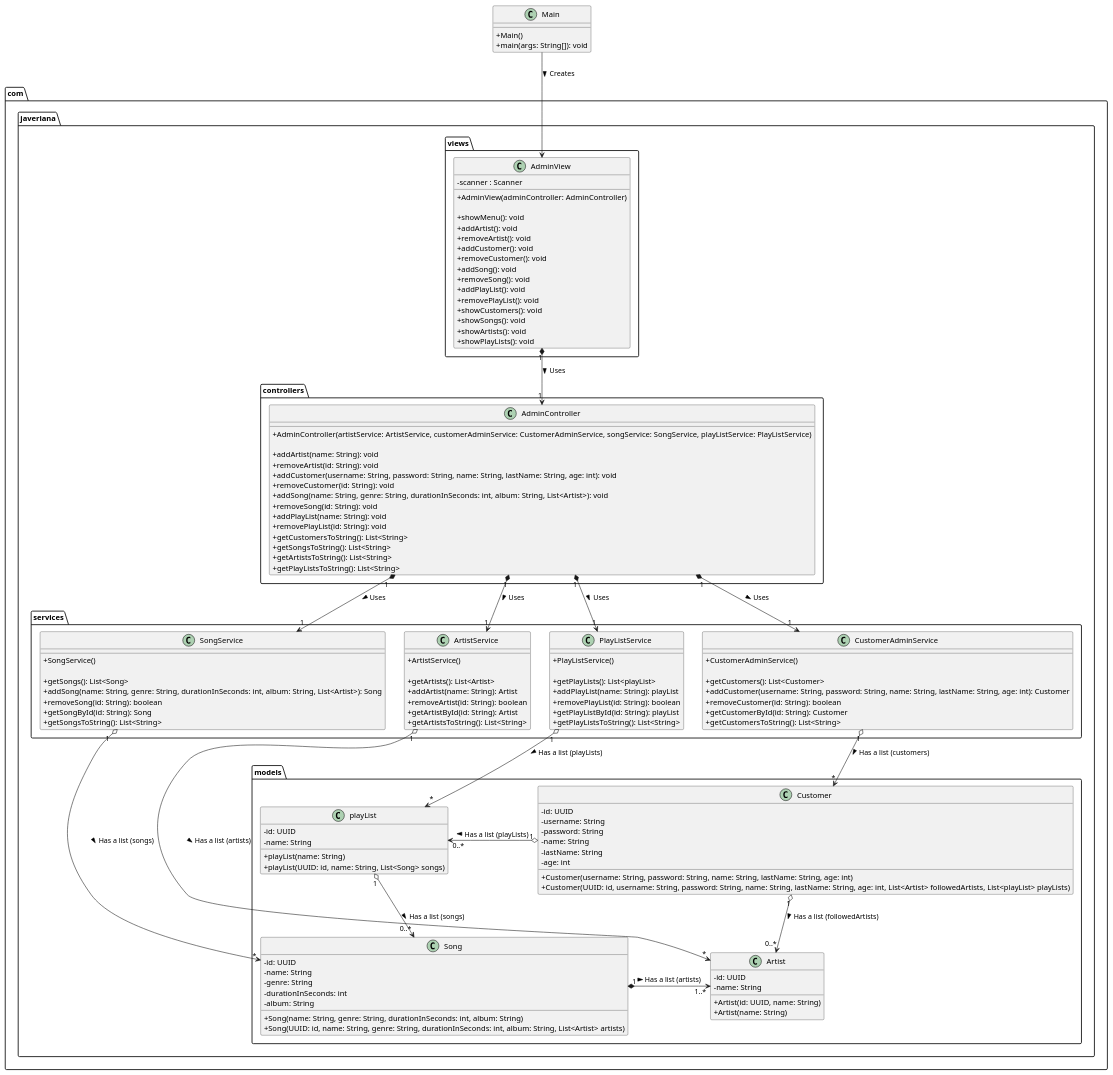
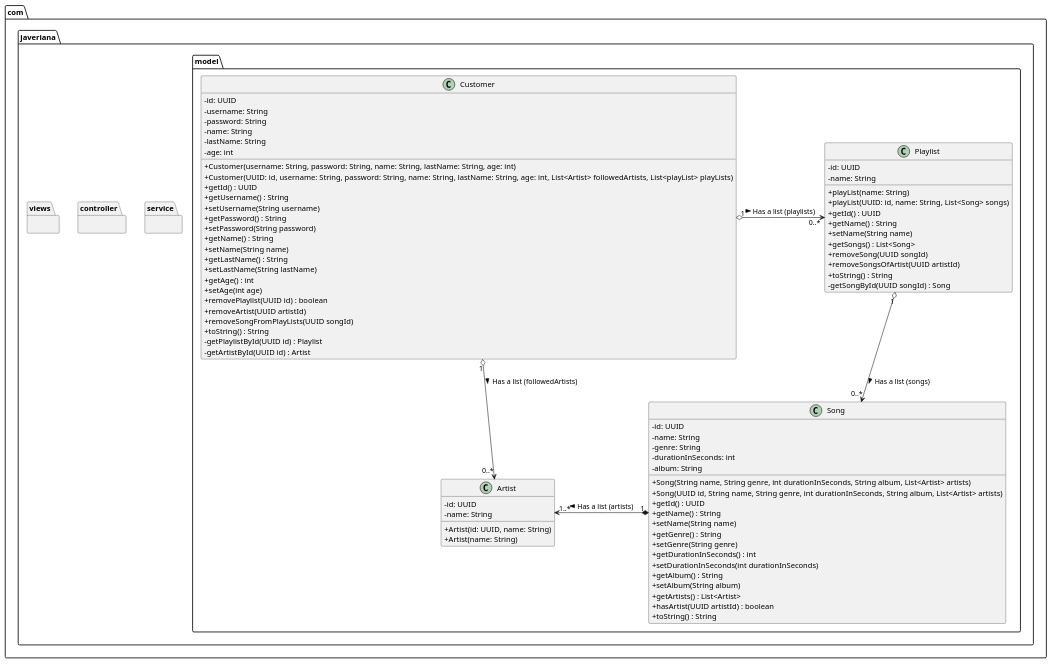
One commit to clase-programacion-avanzada/JAVA-Workshop-7 changed the diagram in workshop7-diagram-spotify.puml. Above: the diagram before and after it, drawn with PlantUML. The commit also changed 35 other files, not shown here.

```diff
--- a/workshop7-diagram-spotify.puml
+++ b/workshop7-diagram-spotify.puml
@@ -1,6 +1,6 @@
 @startuml
 skinparam classAttributeIconSize 0
-class com.javeriana.models.Artist $Artist {
+class com.javeriana.model.Artist $Artist {
     - id: UUID
     - name: String
 
@@ -8,7 +8,7 @@
     + Artist(name: String)
 }
 
-class com.javeriana.models.Customer $Customer {
+class com.javeriana.model.Customer $Customer {
     - id: UUID
     - username: String
     - password: String
@@ -18,87 +18,135 @@
 
     + Customer(username: String, password: String, name: String, lastName: String, age: int)
     + Customer(UUID: id, username: String, password: String, name: String, lastName: String, age: int, List<Artist> followedArtists, List<playList> playLists)
+
+
+    + getId() : UUID
+    + getUsername() : String
+    + setUsername(String username)
+    + getPassword() : String
+    + setPassword(String password)
+    + getName() : String
+    + setName(String name)
+    + getLastName() : String
+    + setLastName(String lastName)
+    + getAge() : int
+    + setAge(int age)
+    + removePlaylist(UUID id) : boolean
+    + removeArtist(UUID artistId)
+    + removeSongFromPlayLists(UUID songId)
+    + toString() : String
+    - getPlaylistById(UUID id) : Playlist
+    - getArtistById(UUID id) : Artist
 }
 
-class com.javeriana.models.playList $PlayList {
+class com.javeriana.model.Playlist $Playlist {
     - id: UUID
     - name: String
 
     + playList(name: String)
     + playList(UUID: id, name: String, List<Song> songs)
+
+
+    + getId() : UUID
+    + getName() : String
+    + setName(String name)
+    + getSongs() : List<Song>
+    + removeSong(UUID songId)
+    + removeSongsOfArtist(UUID artistId)
+    + toString() : String
+    - getSongById(UUID songId) : Song
 }
 
-class com.javeriana.models.Song $Song {
+class com.javeriana.model.Song $Song {
     - id: UUID
     - name: String
     - genre: String
     - durationInSeconds: int
     - album: String
 
-    + Song(name: String, genre: String, durationInSeconds: int, album: String)
-    + Song(UUID: id, name: String, genre: String, durationInSeconds: int, album: String, List<Artist> artists)
+    + Song(String name, String genre, int durationInSeconds, String album, List<Artist> artists)
+    + Song(UUID id, String name, String genre, int durationInSeconds, String album, List<Artist> artists)
+    + getId() : UUID
+    + getName() : String
+    + setName(String name)
+    + getGenre() : String
+    + setGenre(String genre)
+    + getDurationInSeconds() : int
+    + setDurationInSeconds(int durationInSeconds)
+    + getAlbum() : String
+    + setAlbum(String album)
+    + getArtists() : List<Artist>
+    + hasArtist(UUID artistId) : boolean
+    + toString() : String
 }
 
-class com.javeriana.services.ArtistService $ArtistService {
+class com.javeriana.service.ArtistService $ArtistService {
 
     + ArtistService()
 
-    + getArtists(): List<Artist>
-    + addArtist(name: String): Artist
-    + removeArtist(id: String): boolean
-    + getArtistById(id: String): Artist
-    + getArtistsToString(): List<String>
+
+    + getArtists() : List<Artist>
+    + addArtist(String name) : Artist
+    + getArtistById(UUID id) : Artist
+    + removeArtist(UUID id) : boolean
+    + getArtistsToString() : List<String>
+    + getArtistsByIds(List<UUID> artists) : List<Artist>
 }
 
-class com.javeriana.services.CustomerAdminService $CustomerAdminService {
+class com.javeriana.service.CustomerAdminService $CustomerAdminService {
 
     + CustomerAdminService()
 
-    + getCustomers(): List<Customer>
-    + addCustomer(username: String, password: String, name: String, lastName: String, age: int): Customer
-    + removeCustomer(id: String): boolean
-    + getCustomerById(id: String): Customer
-    + getCustomersToString(): List<String>
+
+    + getCustomers() : List<Customer>
+    + addCustomer(String username, String password, String name, String lastName, int age)
+    + removeCustomer(UUID id) : boolean
+    + getCustomerById(UUID id) : Customer
+    + getCustomersToString() : List<String>
+    + removePlaylistFromCustomers(UUID playlistId)
+    + removeArtistFromCustomers(UUID artistId)
 }
 
-class com.javeriana.services.SongService $SongService {
+class com.javeriana.service.SongService $SongService {
 
     + SongService()
 
-    + getSongs(): List<Song>
-    + addSong(name: String, genre: String, durationInSeconds: int, album: String, List<Artist>): Song
-    + removeSong(id: String): boolean
-    + getSongById(id: String): Song
-    + getSongsToString(): List<String>
+
+    + getSongs() : List<Song>
+    + addSong(String name, String genre, int durationInSeconds, String album, List<Artist> artists)
+    + removeSong(UUID songId) : boolean
+    + getSongById(UUID songId) : Song
+    + removeSongsOfArtist(UUID artistId)
+    + getSongsToString() : List<String>
 }
 
-class com.javeriana.services.PlayListService $PlayListService {
+class com.javeriana.service.PlaylistService $PlaylistService {
 
-    + PlayListService()
-
-    + getPlayLists(): List<playList>
-    + addPlayList(name: String): playList
-    + removePlayList(id: String): boolean
-    + getPlayListById(id: String): playList
-    + getPlayListsToString(): List<String>
+    + PlaylistService()
+    + getPlaylists() : List<Playlist>
+    + addPlaylist(String name)
+    + removePlaylist(UUID id) : boolean
+    + getPlaylistById(UUID id) : Playlist
+    + removeSongsOfArtist(UUID artistId)
+    + getPlaylistsToString() : List<String>
+    + removeSongFromPlaylists(UUID uuid)
 }
 
-class com.javeriana.controllers.AdminController $AdminController {
+class com.javeriana.controller.AdminController $AdminController {
 
-    + AdminController(artistService: ArtistService, customerAdminService: CustomerAdminService, songService: SongService, playListService: PlayListService)
-
-    + addArtist(name: String): void
-    + removeArtist(id: String): void
-    + addCustomer(username: String, password: String, name: String, lastName: String, age: int): void
-    + removeCustomer(id: String): void
-    + addSong(name: String, genre: String, durationInSeconds: int, album: String, List<Artist>): void
-    + removeSong(id: String): void
-    + addPlayList(name: String): void
-    + removePlayList(id: String): void
-    + getCustomersToString(): List<String>
-    + getSongsToString(): List<String>
-    + getArtistsToString(): List<String>
-    + getPlayListsToString(): List<String>
+     + AdminController(ArtistService artistService, CustomerAdminService customerAdminService, SongService songService, PlaylistService playlistService)
+     + addArtist(String name)
+     + removeArtist(String id)
+     + addCustomer(String username, String password, String name, String lastName, int age)
+     + removeCustomer(String id)
+     + addSong(String name, String genre, int durationInSeconds, String album, List<String> artistIds)
+     + removeSong(String id)
+     + addPlaylist(String name)
+     + removePlaylist(String id)
+     + getArtistsToString() : List<String>
+     + getCustomersToString() : List<String>
+     + getSongsToString() : List<String>
+     + getPlaylistsToString() : List<String>
 
 }
 
@@ -106,21 +154,20 @@
 
     - scanner : Scanner
 
-    + AdminView(adminController: AdminController)
-
-    + showMenu(): void
-    + addArtist(): void
-    + removeArtist(): void
-    + addCustomer(): void
-    + removeCustomer(): void
-    + addSong(): void
-    + removeSong(): void
-    + addPlayList(): void
-    + removePlayList(): void
-    + showCustomers(): void
-    + showSongs(): void
-    + showArtists(): void
-    + showPlayLists(): void
+    + AdminView(AdminController adminController, Scanner scanner)
+    + showMenu()
+    - showPlaylists()
+    - showArtists()
+    - showCustomers()
+    - showSongs()
+    - removePlaylist()
+    - addPlaylist()
+    - addCustomer()
+    - removeCustomer()
+    - removeSong()
+    - addSong()
+    - removeArtist()
+    - addArtist()
 }
 
 class Main $Main {
@@ -132,25 +179,25 @@
 }
 
 ' Relaciones
-com.javeriana.models.Customer "1" o-> "0..*" com.javeriana.models.playList : Has a list (playLists) >
-com.javeriana.models.Customer "1" o--> "0..*" com.javeriana.models.Artist : Has a list (followedArtists) >
-com.javeriana.models.playList "1" o--> "0..*" com.javeriana.models.Song : Has a list (songs) >
-com.javeriana.models.Song "1" *-> "1..*" com.javeriana.models.Artist : Has a list (artists) >
+com.javeriana.model.Customer "1" o-> "0..*" com.javeriana.model.Playlist : Has a list (playlists) >
+com.javeriana.model.Customer "1" o--> "0..*" com.javeriana.model.Artist : Has a list (followedArtists) >
+com.javeriana.model.Playlist "1" o--> "0..*" com.javeriana.model.Song : Has a list (songs) >
+com.javeriana.model.Song "1" *-> "1..*" com.javeriana.model.Artist : Has a list (artists) >
 
-com.javeriana.services.ArtistService "1" o--> "*" com.javeriana.models.Artist : Has a list (artists) >
-com.javeriana.services.CustomerAdminService "1" o--> "*" com.javeriana.models.Customer : Has a list (customers) >
-com.javeriana.services.SongService "1" o-> "*" com.javeriana.models.Song : Has a list (songs) >
-com.javeriana.services.PlayListService "1" o-> "*" com.javeriana.models.playList : Has a list (playLists) >
+com.javeriana.service.ArtistService "1" o--> "*" com.javeriana.model.Artist : Has a list (artists) >
+com.javeriana.service.CustomerAdminService "1" o--> "*" com.javeriana.model.Customer : Has a list (customers) >
+com.javeriana.service.SongService "1" o-> "*" com.javeriana.model.Song : Has a list (songs) >
+com.javeriana.service.PlaylistService "1" o-> "*" com.javeriana.model.Playlist : Has a list (playLists) >
 
-com.javeriana.controllers.AdminController "1" *--> "1" com.javeriana.services.ArtistService : Uses >
-com.javeriana.controllers.AdminController "1" *--> "1" com.javeriana.services.CustomerAdminService : Uses >
-com.javeriana.controllers.AdminController "1" *--> "1" com.javeriana.services.SongService : Uses >
-com.javeriana.controllers.AdminController "1" *--> "1" com.javeriana.services.PlayListService : Uses >
+com.javeriana.controller.AdminController "1" *--> "1" com.javeriana.service.ArtistService : Uses >
+com.javeriana.controller.AdminController "1" *--> "1" com.javeriana.service.CustomerAdminService : Uses >
+com.javeriana.controller.AdminController "1" *--> "1" com.javeriana.service.SongService : Uses >
+com.javeriana.controller.AdminController "1" *--> "1" com.javeriana.service.PlaylistService : Uses >
 
-com.javeriana.views.AdminView "1" *--> "1" com.javeriana.controllers.AdminController : Uses >
+com.javeriana.views.AdminView "1" *--> "1" com.javeriana.controller.AdminController : Uses >
 
 Main -down-> AdminView : Creates >
-/'
+
 ' Remover todo menos las clases dentro de models
 
 ' Remover Main
@@ -165,9 +212,9 @@
 ' Remover Servicios
 remove $CustomerAdminService
 remove $SongService
-remove $PlayListService
+remove $PlaylistService
 remove $ArtistService
-'/
+
 /'
 ' Remover todo menos ArtistService y Artist
 
@@ -183,12 +230,12 @@
 ' Remover Servicios
 remove $CustomerAdminService
 remove $SongService
-remove $PlayListService
+remove $PlaylistService
 
 ' Remover Modelos
 remove $Customer
 remove $Song
-remove $PlayList
+remove $Playlist
 '/
 
 /'
@@ -205,13 +252,13 @@
 
 ' Remover Servicios
 remove $SongService
-remove $PlayListService
+remove $PlaylistService
 remove $ArtistService
 
 ' Remover Modelos
 remove $Artist
 remove $Song
-remove $PlayList
+remove $Playlist
 '/
 
 /'
@@ -228,17 +275,17 @@
 
 ' Remover Servicios
 remove $CustomerAdminService
-remove $PlayListService
+remove $PlaylistService
 remove $ArtistService
 
 ' Remover Modelos
 remove $Artist
 remove $Customer
-remove $PlayList
+remove $Playlist
 '/
 
 /'
-' Remover todo menos PlayListService y PlayList
+' Remover todo menos PlaylistService y Playlist
 
 ' Remover Main
 remove $Main
@@ -273,7 +320,7 @@
 remove $Artist
 remove $Customer
 remove $Song
-remove $PlayList
+remove $Playlist
 '/
 
 /'
@@ -286,12 +333,12 @@
 remove $Artist
 remove $Customer
 remove $Song
-remove $PlayList
+remove $Playlist
 
 ' Remover Servicios
 remove $CustomerAdminService
 remove $SongService
-remove $PlayListService
+remove $PlaylistService
 remove $ArtistService
 '/
 /'
@@ -303,14 +350,14 @@
 ' Remover Servicios
 remove $CustomerAdminService
 remove $SongService
-remove $PlayListService
+remove $PlaylistService
 remove $ArtistService
 
 ' Remover Modelos
 remove $Artist
 remove $Customer
 remove $Song
-remove $PlayList
+remove $Playlist
 '/
 
 @enduml
```
